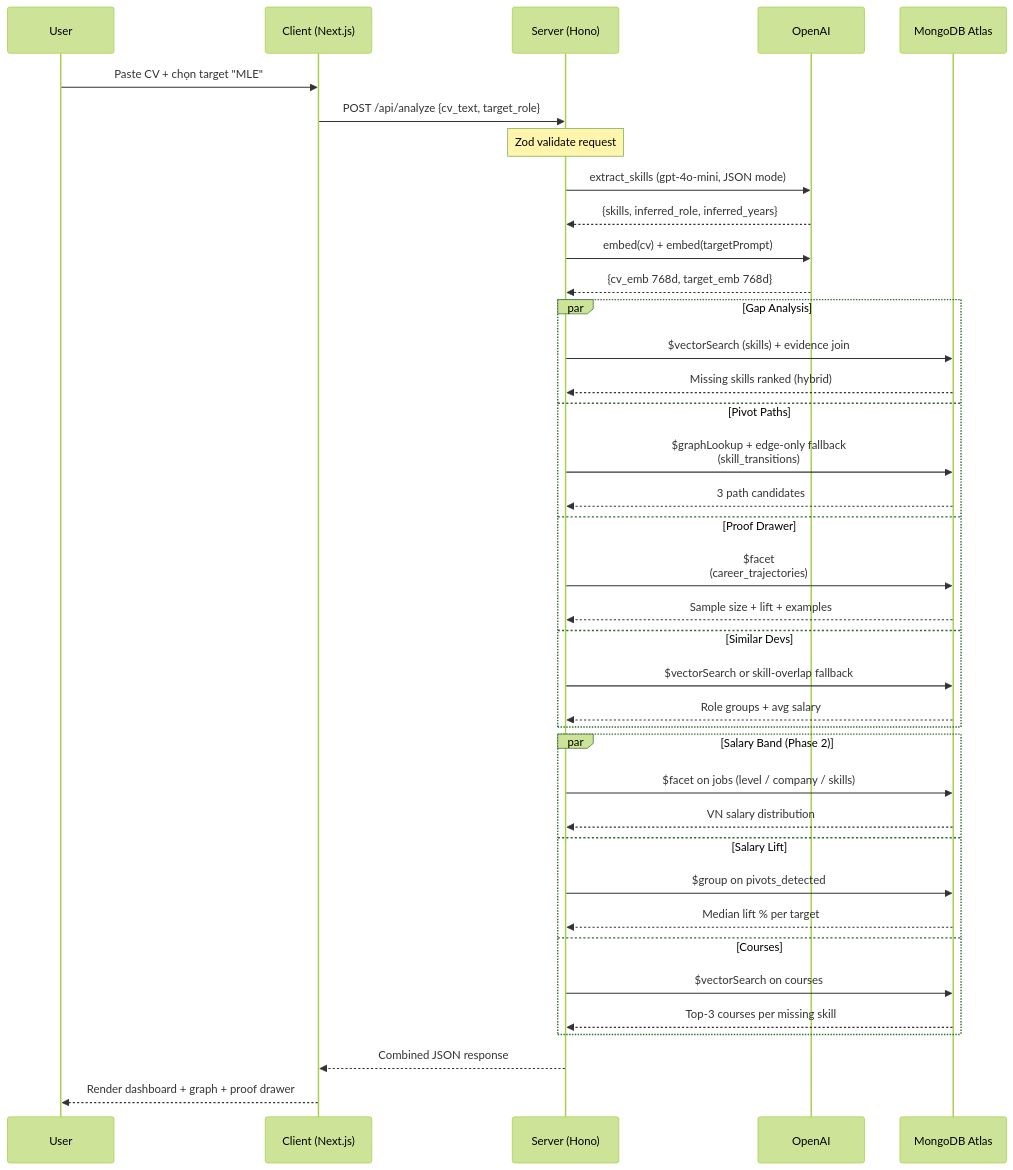
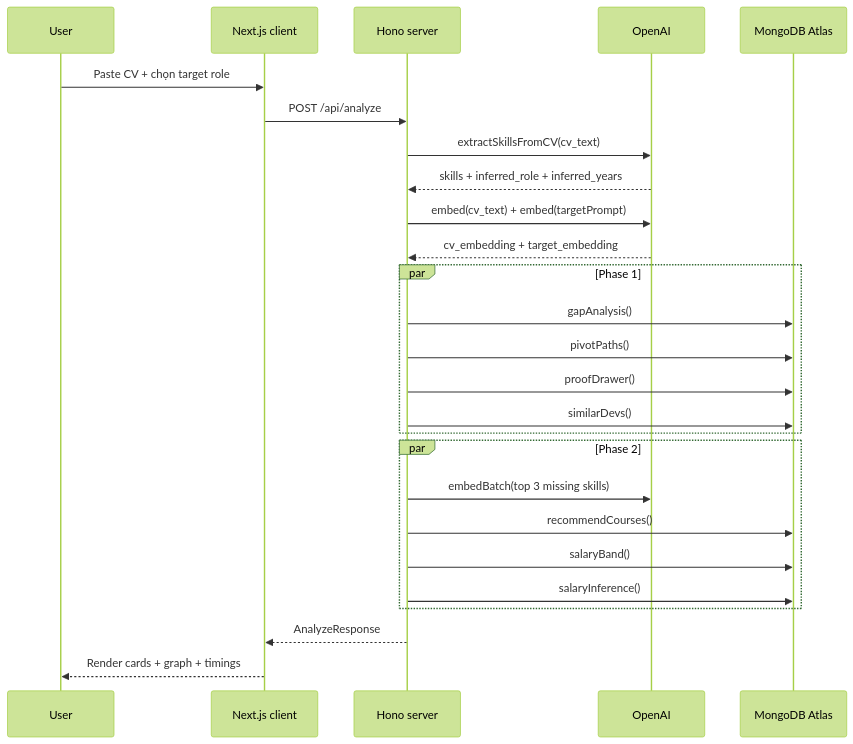
Before and after one commit to trahoangdev/path-finder: the second of 3 diagrams in docs/TECHNICAL_DOC.md, drawn with Mermaid (forest theme). The commit also changed other lines of this file and 5 other files, not shown here.

````diff
--- a/docs/TECHNICAL_DOC.md
+++ b/docs/TECHNICAL_DOC.md
@@ -160,44 +145,32 @@
 ```mermaid
 sequenceDiagram
     participant U as User
-    participant FE as Client (Next.js)
-    participant API as Server (Hono)
-    participant G as OpenAI
-    participant M as MongoDB Atlas
+    participant FE as Next.js client
+    participant API as Hono server
+    participant AI as OpenAI
+    participant DB as MongoDB Atlas
 
-    U->>FE: Paste CV + chọn target "MLE"
-    FE->>API: POST /api/analyze {cv_text, target_role}
-    Note over API: Zod validate request
-    API->>G: extract_skills (gpt-4o-mini, JSON mode)
-    G-->>API: {skills, inferred_role, inferred_years}
-    API->>G: embed(cv) + embed(targetPrompt)
-    G-->>API: {cv_emb 768d, target_emb 768d}
+    U->>FE: Paste CV + chọn target role
+    FE->>API: POST /api/analyze
+    API->>AI: extractSkillsFromCV(cv_text)
+    AI-->>API: skills + inferred_role + inferred_years
+    API->>AI: embed(cv_text) + embed(targetPrompt)
+    AI-->>API: cv_embedding + target_embedding
 
-    par Gap Analysis
-        API->>M: $vectorSearch (skills) + evidence join
-        M-->>API: Missing skills ranked (hybrid)
-    and Pivot Paths
-        API->>M: $graphLookup + edge-only fallback<br/>(skill_transitions)
-        M-->>API: 3 path candidates
-    and Proof Drawer
-        API->>M: $facet<br/>(career_trajectories)
-        M-->>API: Sample size + lift + examples
-    and Similar Devs
-        API->>M: $vectorSearch or skill-overlap fallback
-        M-->>API: Role groups + avg salary
+    par Phase 1
+      API->>DB: gapAnalysis()
+      API->>DB: pivotPaths()
+      API->>DB: proofDrawer()
+      API->>DB: similarDevs()
     end
 
-    par Salary Band (Phase 2)
-        API->>M: $facet on jobs (level / company / skills)
-        M-->>API: VN salary distribution
-    and Salary Lift
-        API->>M: $group on pivots_detected
-        M-->>API: Median lift % per target
-    and Courses
-        API->>M: $vectorSearch on courses
-        M-->>API: Top-3 courses per missing skill
+    par Phase 2
+      API->>AI: embedBatch(top 3 missing skills)
+      API->>DB: recommendCourses()
+      API->>DB: salaryBand()
+      API->>DB: salaryInference()
     end
 
-    API-->>FE: Combined JSON response
-    FE-->>U: Render dashboard + graph + proof drawer
+    API-->>FE: AnalyzeResponse
+    FE-->>U: Render cards + graph + timings
 ```
````
